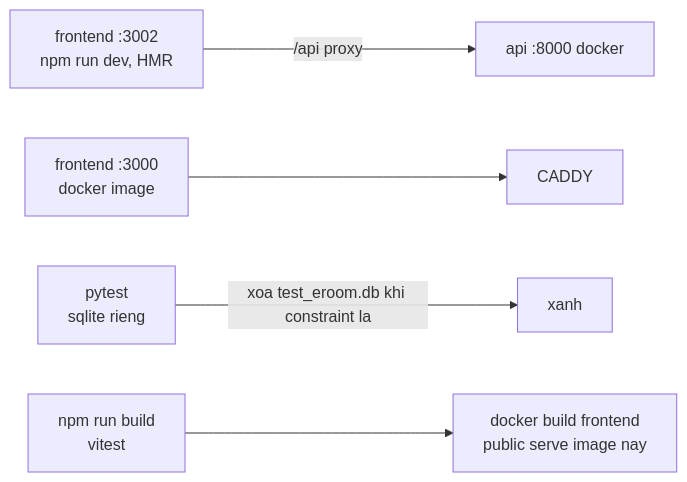
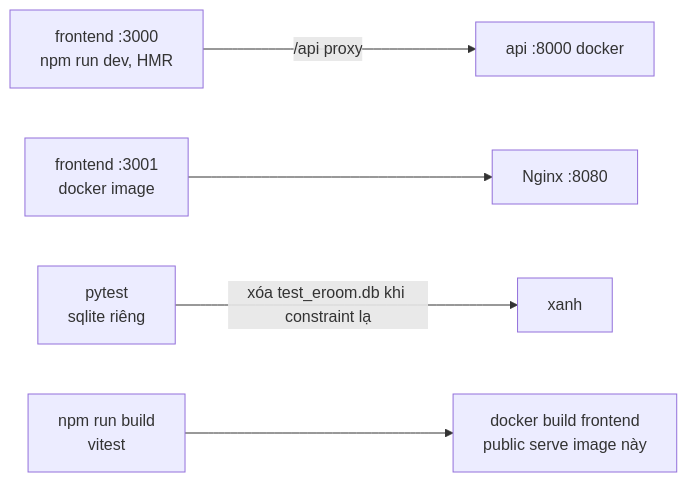
One commit to bexanhtuoi/E-Room changed diagram 14 of 14 in docs/workflow.md. Above: the diagram before and after it, drawn with Mermaid. The commit also changed other lines of this file and 7 other files, not shown here.

````diff
--- a/docs/workflow.md
+++ b/docs/workflow.md
@@ -145,7 +216,7 @@
 ```mermaid
 flowchart LR
-    DEV[frontend :3002<br/>npm run dev, HMR] -->|/api proxy| API[api :8000 docker]
-    PROD[frontend :3000<br/>docker image] --> CADDY
-    TEST[pytest<br/>sqlite rieng] -->|xoa test_eroom.db khi constraint la| OK[xanh]
-    BUILD[npm run build<br/>vitest] --> IMG[docker build frontend<br/>public serve image nay]
+    DEV[frontend :3000<br/>npm run dev, HMR] -->|/api proxy| API[api :8000 docker]
+    PROD[frontend :3001<br/>docker image] --> NG[Nginx :8080]
+    TEST[pytest<br/>sqlite riêng] -->|xóa test_eroom.db khi constraint lạ| OK[xanh]
+    BUILD[npm run build<br/>vitest] --> IMG[docker build frontend<br/>public serve image này]
 ```
````
